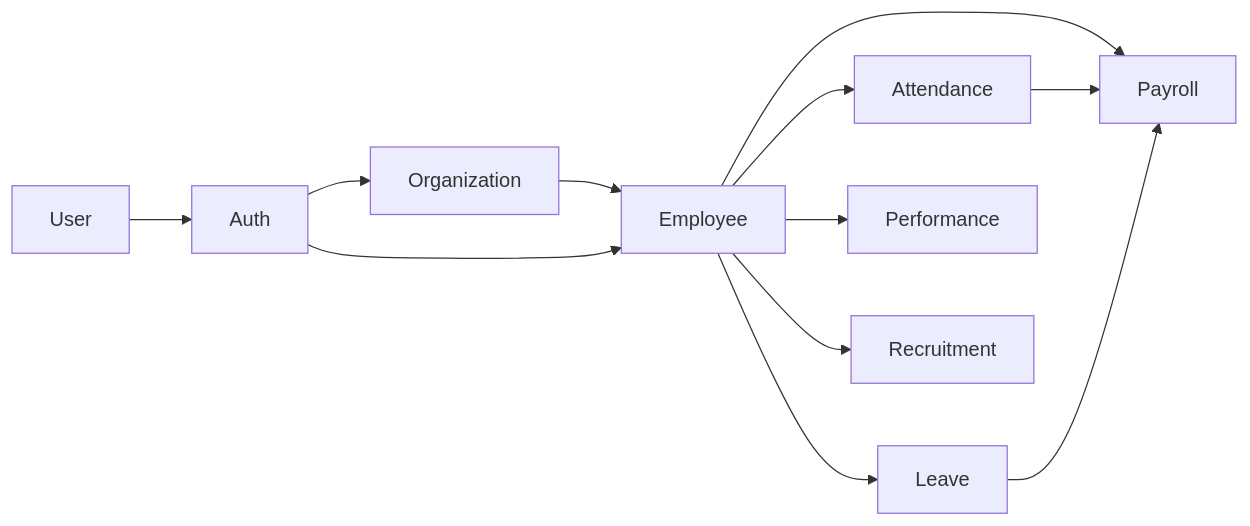
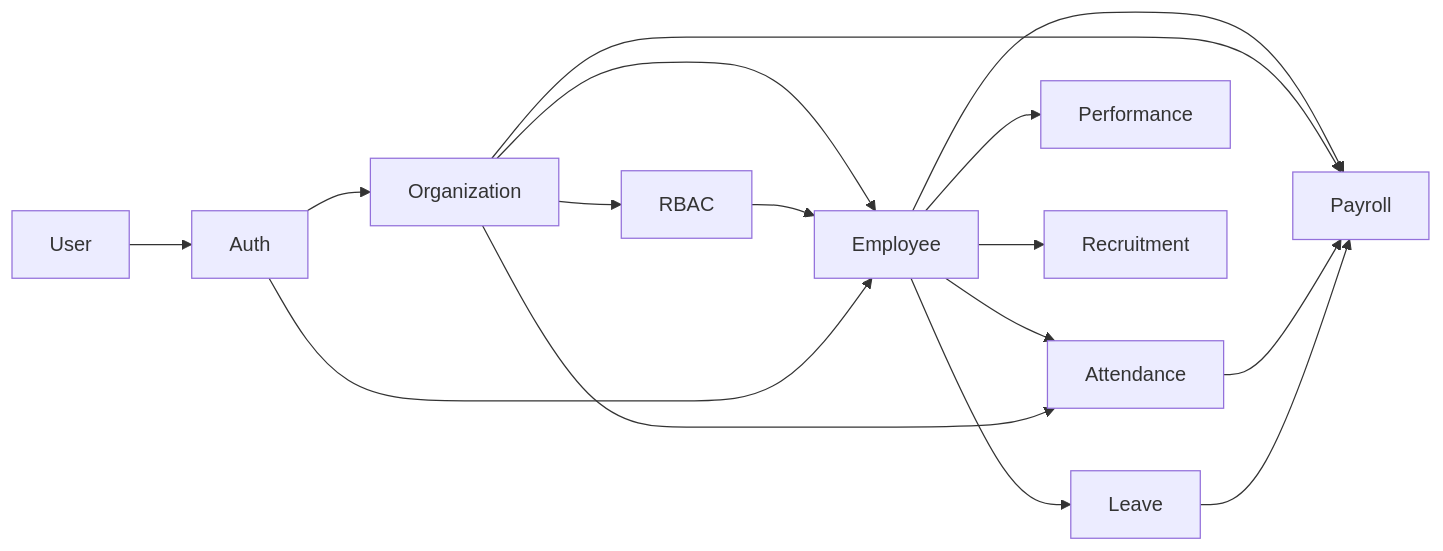
Before and after one commit to bagusyanuar/hris-backend: the diagram in docs/PRD/README.md, drawn with Mermaid. The commit also changed other lines of this file and 2 other files, not shown here.

````diff
--- a/docs/PRD/README.md
+++ b/docs/PRD/README.md
@@ -78,14 +81,18 @@
 ```mermaid
 graph LR
     Employee --> Attendance
     Employee --> Leave
     Employee --> Payroll
     Employee --> Performance
     Employee --> Recruitment
     Organization --> Employee
+    Organization --> RBAC
+    Organization --> Payroll
+    Organization --> Attendance
+    RBAC --> Employee
     Attendance --> Payroll
     Leave --> Payroll
     User --> Auth
     Auth --> Employee
     Auth --> Organization
 ```
````
